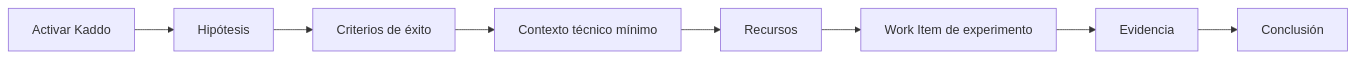
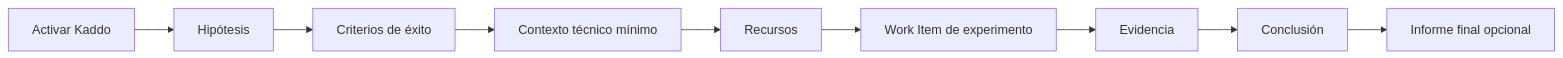
The diagram in apps/docs/src/content/docs/es/poc-mode.md (Kaddo-kdd/kaddo), drawn with Mermaid before and after one commit. The commit also changed other lines of this file and 23 other files, not shown here.

````diff
--- a/apps/docs/src/content/docs/es/poc-mode.md
+++ b/apps/docs/src/content/docs/es/poc-mode.md
@@ -24,10 +24,11 @@
 ```mermaid
 flowchart LR
   A[Activar Kaddo] --> B[Hipótesis]
   B --> C[Criterios de éxito]
   C --> D[Contexto técnico mínimo]
   D --> E[Recursos]
   E --> F[Work Item de experimento]
   F --> G[Evidencia]
   G --> H[Conclusión]
+  H --> I[Informe final opcional]
 ```
````
